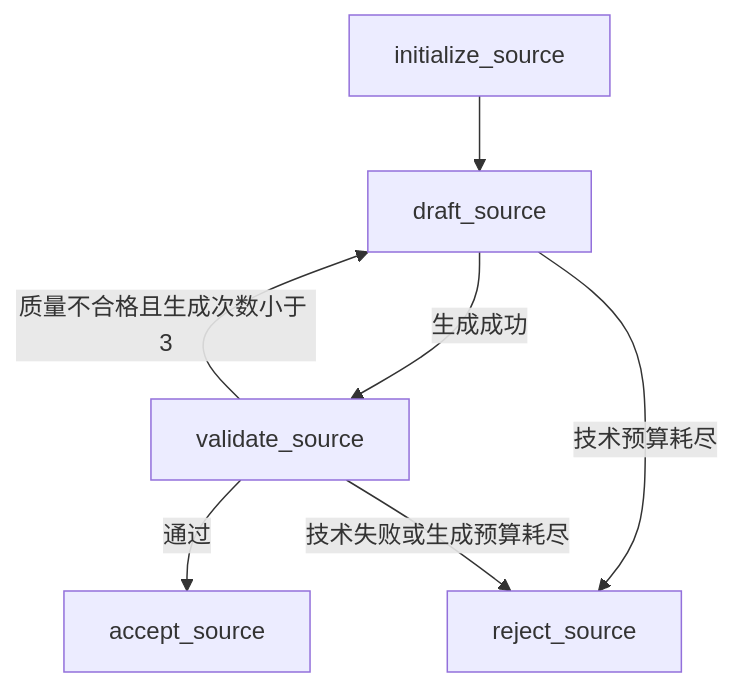
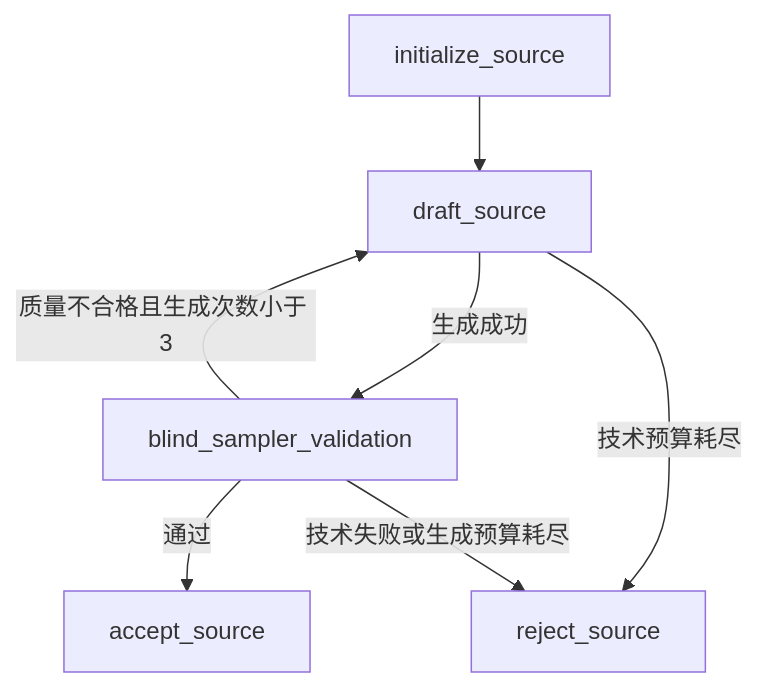
Before and after one commit to ChenYizhu97/PairData: the first of 4 diagrams in docs/workflows.md, drawn with Mermaid. The commit also changed other lines of this file and 26 other files, not shown here.

Commit message:
Refactor expansion with blind validation and fixed PIU targets

````diff
--- a/docs/workflows.md
+++ b/docs/workflows.md
@@ -25,9 +25,9 @@
 ```mermaid
 flowchart TD
     A[initialize_source] --> B[draft_source]
-    B -->|生成成功| C[validate_source]
+    B -->|生成成功| C[blind_sampler_validation]
     B -->|技术预算耗尽| R[reject_source]
     C -->|通过| P[accept_source]
     C -->|质量不合格且生成次数小于 3| B
     C -->|技术失败或生成预算耗尽| R
 ```
````
